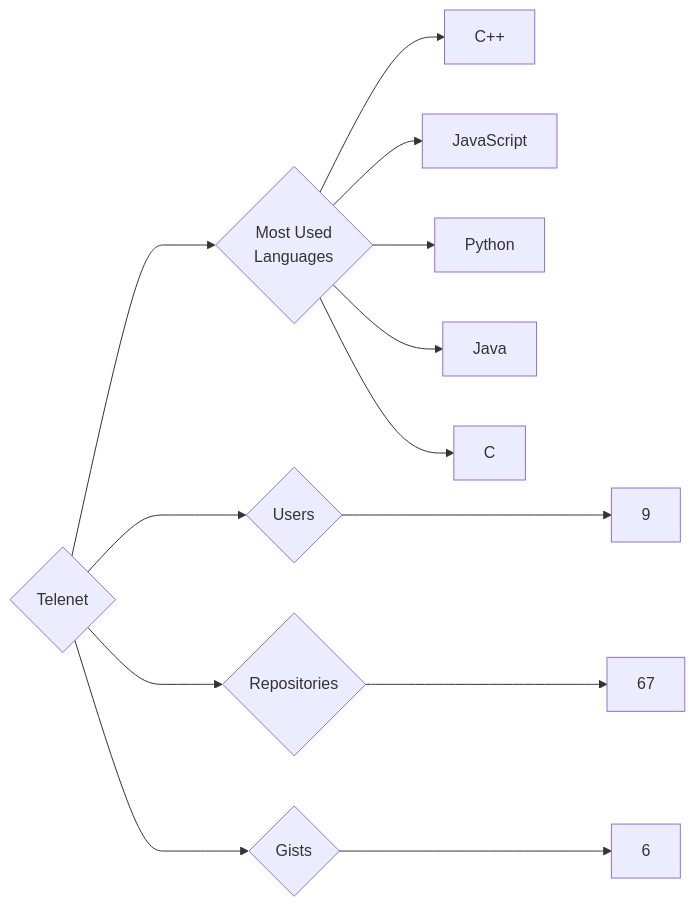
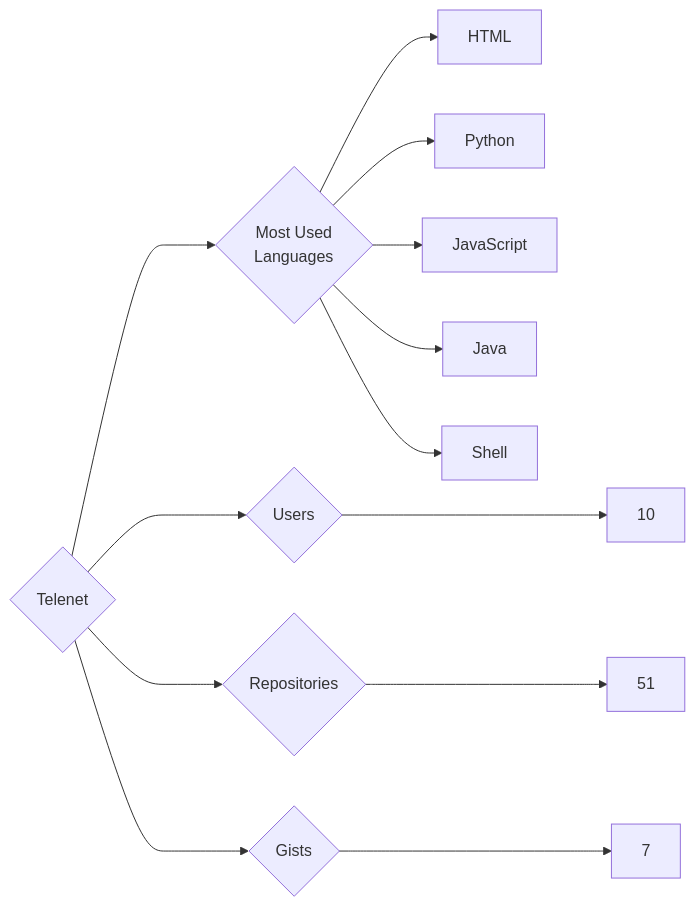
Before and after one commit to trickest/insiders: the diagram in targets/Telenet/README.md, drawn with Mermaid. The commit also changed 928 other files, not shown here.

````diff
--- a/targets/Telenet/README.md
+++ b/targets/Telenet/README.md
@@ -3,13 +3,13 @@
 ```mermaid
 graph LR
 COMPANY_NAME{Telenet}
-COMPANY_NAME ---> U{Users} ---> UN[9]
-COMPANY_NAME ---> R{Repositories} ---> RN[67]
-COMPANY_NAME ---> G{Gists} ---> GN[6]
+COMPANY_NAME ---> U{Users} ---> UN[10]
+COMPANY_NAME ---> R{Repositories} ---> RN[51]
+COMPANY_NAME ---> G{Gists} ---> GN[7]
 COMPANY_NAME ---> ML{Most Used<br>Languages}
-ML --> C++[C++]
+ML --> HTML[HTML]
+ML --> Python[Python]
 ML --> JavaScript[JavaScript]
-ML --> Python[Python]
 ML --> Java[Java]
-ML --> C[C]
+ML --> Shell[Shell]
 ```
````
